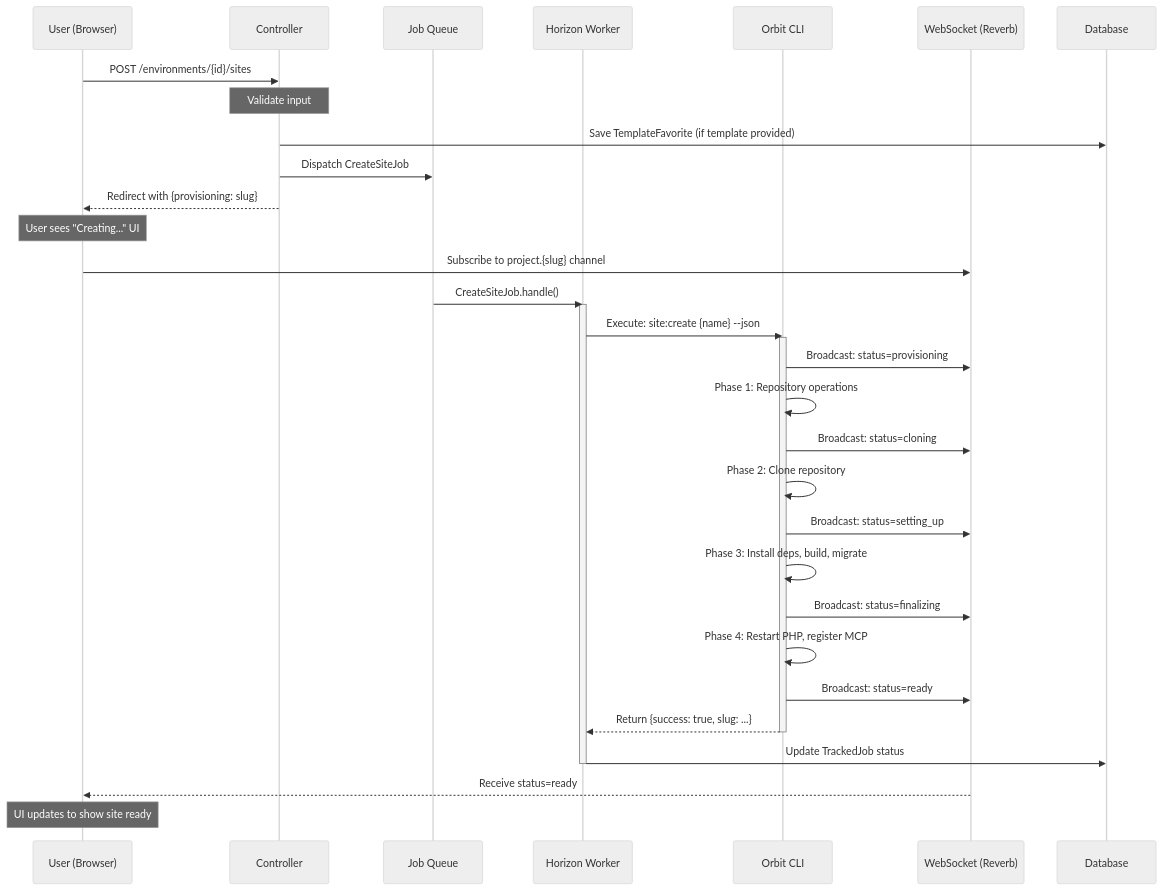
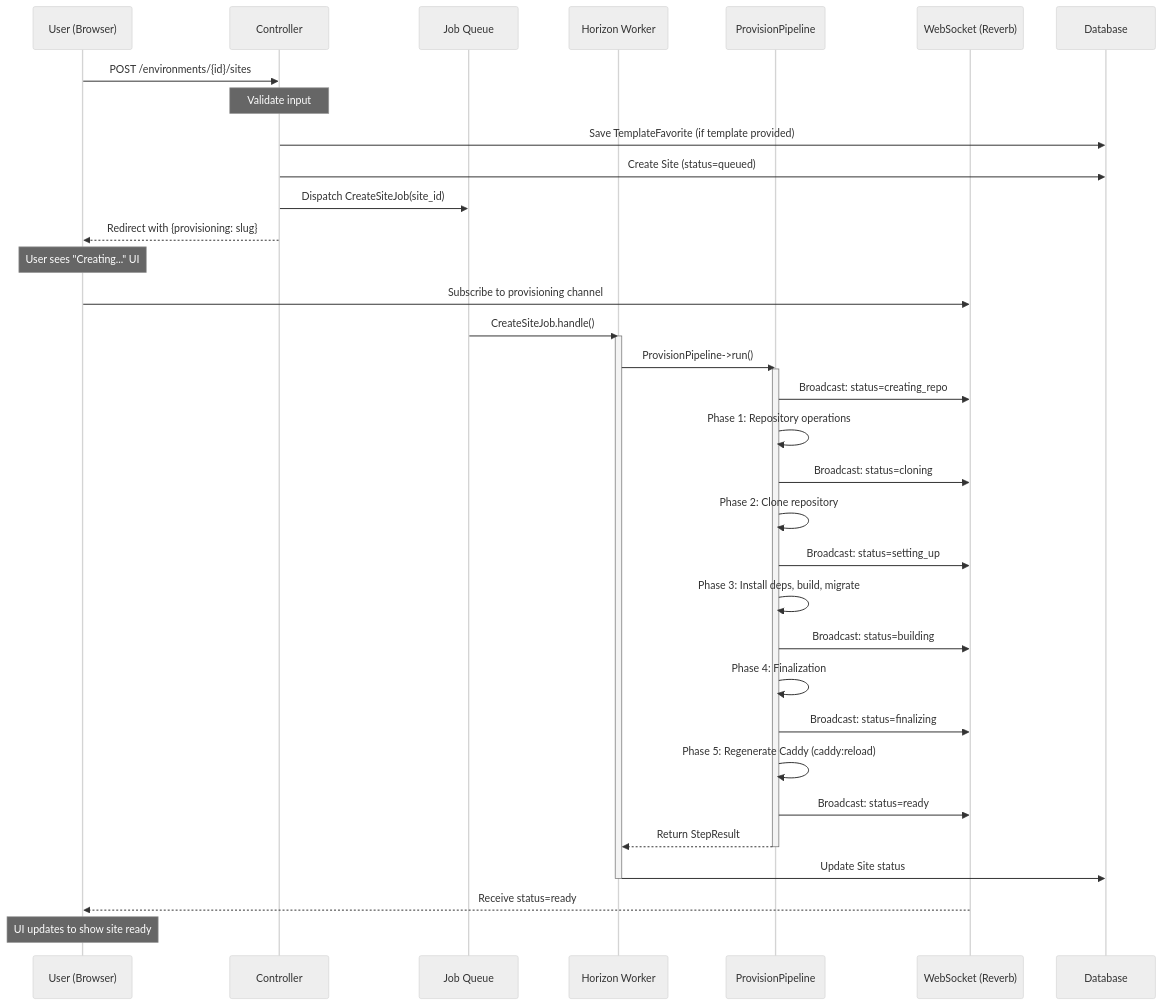
One commit to hardimpactdev/orbit-core changed the first of 2 diagrams in docs/flows/site-creation.md. Above: the diagram before and after it, drawn with Mermaid (neutral theme). The commit also changed other lines of this file, not shown here.

First line of the commit message:
docs: update site-creation flow with caddy:reload integration

````diff
--- a/docs/flows/site-creation.md
+++ b/docs/flows/site-creation.md
@@ -29,45 +29,48 @@
 ```mermaid
 sequenceDiagram
     participant U as User (Browser)
     participant C as Controller
     participant Q as Job Queue
     participant H as Horizon Worker
-    participant CLI as Orbit CLI
+    participant PP as ProvisionPipeline
     participant WS as WebSocket (Reverb)
     participant DB as Database
 
     U->>C: POST /environments/{id}/sites
     Note over C: Validate input
-    
+
     C->>DB: Save TemplateFavorite (if template provided)
-    C->>Q: Dispatch CreateSiteJob
+    C->>DB: Create Site (status=queued)
+    C->>Q: Dispatch CreateSiteJob(site_id)
     C-->>U: Redirect with {provisioning: slug}
-    
+
     Note over U: User sees "Creating..." UI
-    U->>WS: Subscribe to project.{slug} channel
-    
+    U->>WS: Subscribe to provisioning channel
+
     Q->>H: CreateSiteJob.handle()
     activate H
-    
-    H->>CLI: Execute: site:create {name} --json
-    activate CLI
-    
-    CLI->>WS: Broadcast: status=provisioning
-    CLI->>CLI: Phase 1: Repository operations
-    CLI->>WS: Broadcast: status=cloning
-    CLI->>CLI: Phase 2: Clone repository
-    CLI->>WS: Broadcast: status=setting_up
-    CLI->>CLI: Phase 3: Install deps, build, migrate
-    CLI->>WS: Broadcast: status=finalizing
-    CLI->>CLI: Phase 4: Restart PHP, register MCP
-    CLI->>WS: Broadcast: status=ready
-    
-    CLI-->>H: Return {success: true, slug: ...}
-    deactivate CLI
-    
-    H->>DB: Update TrackedJob status
+
+    H->>PP: ProvisionPipeline->run()
+    activate PP
+
+    PP->>WS: Broadcast: status=creating_repo
+    PP->>PP: Phase 1: Repository operations
+    PP->>WS: Broadcast: status=cloning
+    PP->>PP: Phase 2: Clone repository
+    PP->>WS: Broadcast: status=setting_up
+    PP->>PP: Phase 3: Install deps, build, migrate
+    PP->>WS: Broadcast: status=building
+    PP->>PP: Phase 4: Finalization
+    PP->>WS: Broadcast: status=finalizing
+    PP->>PP: Phase 5: Regenerate Caddy (caddy:reload)
+    PP->>WS: Broadcast: status=ready
+
+    PP-->>H: Return StepResult
+    deactivate PP
+
+    H->>DB: Update Site status
     deactivate H
-    
+
     WS-->>U: Receive status=ready
     Note over U: UI updates to show site ready
 ```
````
